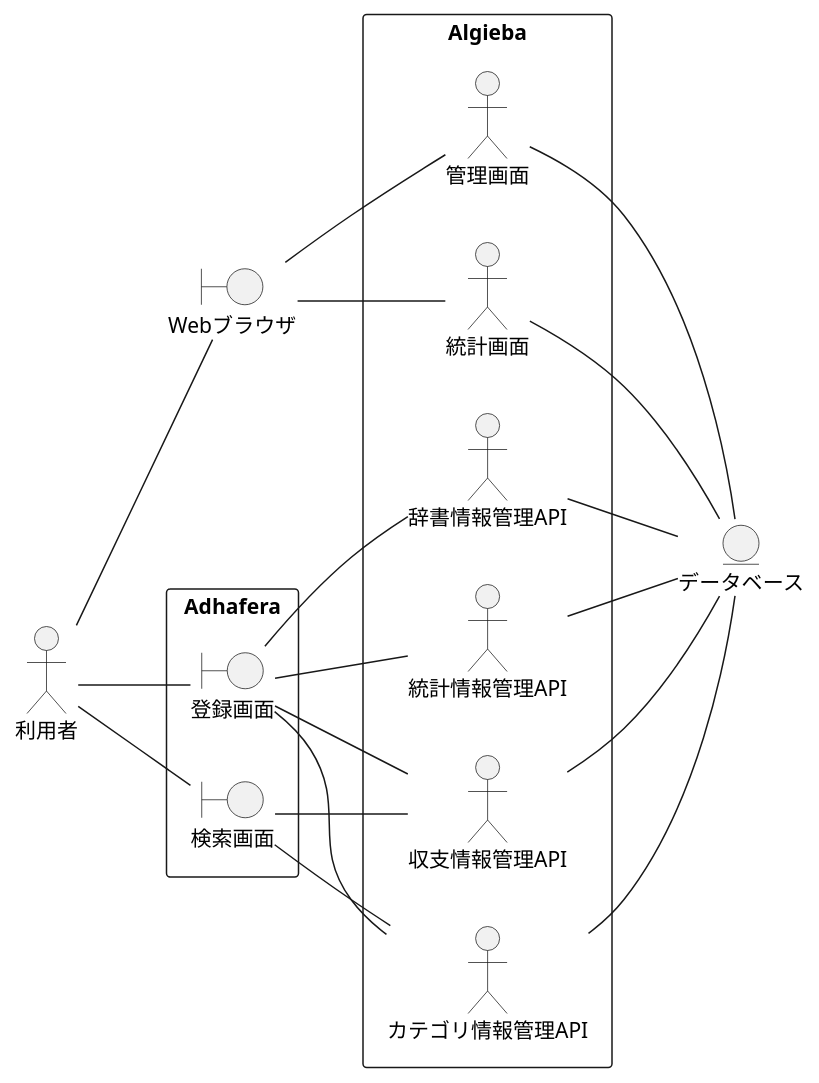
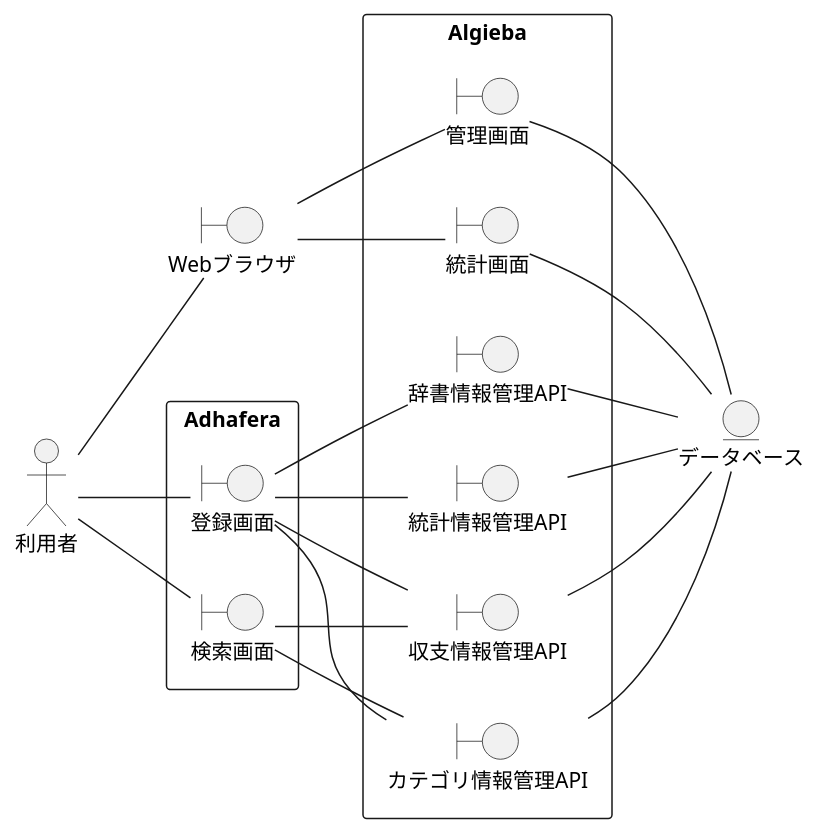
The diagram in payment_manager/index.rst (Leonis0813/chort), drawn with PlantUML before and after one commit.

```diff
--- a/payment_manager/index.rst
+++ b/payment_manager/index.rst
@@ -9,33 +9,39 @@
 .. uml::
 
    left to right direction
    skinparam packageStyle rect
    actor 利用者
    entity データベース
 
    rectangle Adhafera {
      boundary 登録画面
      boundary 検索画面
      利用者 -- 登録画面
      利用者 -- 検索画面
    }
 
    boundary Webブラウザ
    利用者 -- Webブラウザ
 
    rectangle Algieba {
+     boundary 収支情報管理API
+     boundary カテゴリ情報管理API
+     boundary 辞書情報管理API
+     boundary 統計情報管理API
      登録画面 -- 収支情報管理API
      登録画面 -- カテゴリ情報管理API
      登録画面 -- 辞書情報管理API
      登録画面 -- 統計情報管理API
      検索画面 -- 収支情報管理API
      検索画面 -- カテゴリ情報管理API
+     boundary 管理画面
+     boundary 統計画面
      Webブラウザ -- 管理画面
      Webブラウザ -- 統計画面
      収支情報管理API -- データベース
      カテゴリ情報管理API -- データベース
      辞書情報管理API -- データベース
      統計情報管理API -- データベース
      管理画面 -- データベース
      統計画面 -- データベース
    }
```
